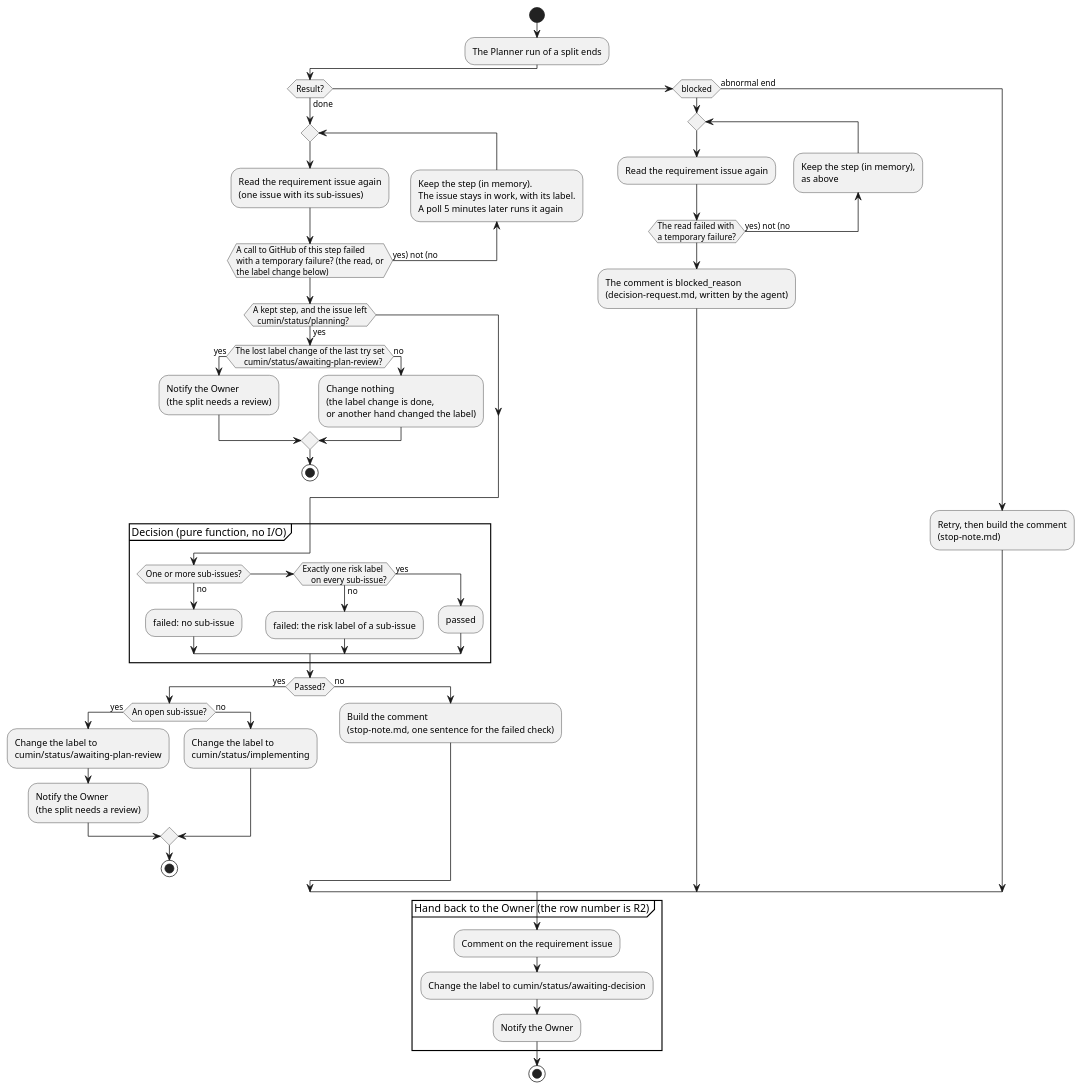
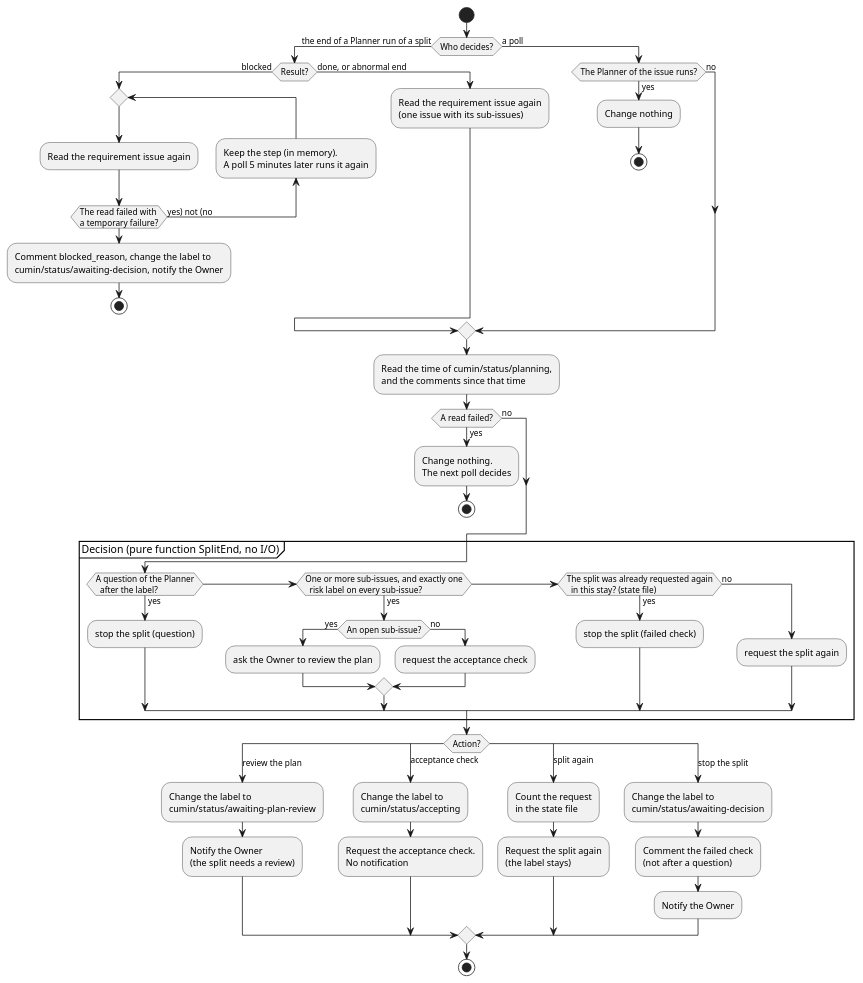
Before and after one commit to cloveclovedev/cumin-works: the diagram in docs/ja/designs/poll-split.puml, drawn with PlantUML. The commit also changed 15 other files, not shown here.

First line of the commit message:
feat(workflow): decide the way out of planning at every poll (#539)

```diff
--- a/docs/ja/designs/poll-split.puml
+++ b/docs/ja/designs/poll-split.puml
@@ -1,78 +1,81 @@
 @startuml poll-split
-' cumin works - the end of a Planner run that split a requirement issue (R2): the check of the split, the kept step after a temporary failure, and the way back to the Owner.
-' Document: poll.md, section on the end of a run.
+' cumin works - the way out of cumin/status/planning: the decision that a poll and the end of a Planner run share, the second request of the split, and the way back to the Owner.
+' Document: poll.md, sections on the decision of the poll and on the end of a run.
 ' Render: run scripts/render-diagrams.sh at the root of the repository.
 skinparam shadowing false
 skinparam defaultFontName sans-serif
 
 start
-:The Planner run of a split ends;
-if (Result?) then (done)
-  repeat
+if (Who decides?) then (the end of a Planner run of a split)
+  if (Result?) then (blocked)
+    repeat
+      :Read the requirement issue again;
+      backward :Keep the step (in memory).
+      A poll 5 minutes later runs it again;
+    repeat while (The read failed with
+    a temporary failure?) is (yes) not (no)
+    :Comment blocked_reason, change the label to
+    cumin/status/awaiting-decision, notify the Owner;
+    stop
+  else (done, or abnormal end)
     :Read the requirement issue again
     (one issue with its sub-issues);
-    backward :Keep the step (in memory).
-    The issue stays in work, with its label.
-    A poll 5 minutes later runs it again;
-  repeat while (A call to GitHub of this step failed
-  with a temporary failure? (the read, or
-  the label change below)) is (yes) not (no)
-  if (A kept step, and the issue left
-  cumin/status/planning?) then (yes)
-    if (The lost label change of the last try set
-    cumin/status/awaiting-plan-review?) then (yes)
-      :Notify the Owner
-      (the split needs a review);
-    else (no)
-      :Change nothing
-      (the label change is done,
-      or another hand changed the label);
-    endif
-    stop
   endif
-  partition "Decision (pure function, no I/O)" {
-    if (One or more sub-issues?) then (no)
-      :failed: no sub-issue;
-    elseif (Exactly one risk label
-    on every sub-issue?) then (no)
-      :failed: the risk label of a sub-issue;
-    else (yes)
-      :passed;
-    endif
-  }
-  if (Passed?) then (yes)
-    if (An open sub-issue?) then (yes)
-      :Change the label to
-      cumin/status/awaiting-plan-review;
-      :Notify the Owner
-      (the split needs a review);
-    else (no)
-      :Change the label to
-      cumin/status/implementing;
-    endif
+else (a poll)
+  if (The Planner of the issue runs?) then (yes)
+    :Change nothing;
     stop
   else (no)
-    :Build the comment
-    (stop-note.md, one sentence for the failed check);
   endif
-elseif (blocked) then
-  repeat
-    :Read the requirement issue again;
-    backward :Keep the step (in memory),
-    as above;
-  repeat while (The read failed with
-  a temporary failure?) is (yes) not (no)
-  :The comment is blocked_reason
-  (decision-request.md, written by the agent);
-else (abnormal end)
-  :Retry, then build the comment
-  (stop-note.md);
 endif
-
-partition "Hand back to the Owner (the row number is R2)" {
-  :Comment on the requirement issue;
-  :Change the label to cumin/status/awaiting-decision;
+:Read the time of cumin/status/planning,
+and the comments since that time;
+if (A read failed?) then (yes)
+  :Change nothing.
+  The next poll decides;
+  stop
+else (no)
+endif
+partition "Decision (pure function SplitEnd, no I/O)" {
+  if (A question of the Planner
+  after the label?) then (yes)
+    :stop the split (question);
+  elseif (One or more sub-issues, and exactly one
+  risk label on every sub-issue?) then (yes)
+    if (An open sub-issue?) then (yes)
+      :ask the Owner to review the plan;
+    else (no)
+      :request the acceptance check;
+    endif
+  elseif (The split was already requested again
+  in this stay? (state file)) then (yes)
+    :stop the split (failed check);
+  else (no)
+    :request the split again;
+  endif
+}
+switch (Action?)
+case (review the plan)
+  :Change the label to
+  cumin/status/awaiting-plan-review;
+  :Notify the Owner
+  (the split needs a review);
+case (acceptance check)
+  :Change the label to
+  cumin/status/accepting;
+  :Request the acceptance check.
+  No notification;
+case (split again)
+  :Count the request
+  in the state file;
+  :Request the split again
+  (the label stays);
+case (stop the split)
+  :Change the label to
+  cumin/status/awaiting-decision;
+  :Comment the failed check
+  (not after a question);
   :Notify the Owner;
-}
+endswitch
 stop
 @enduml
```
